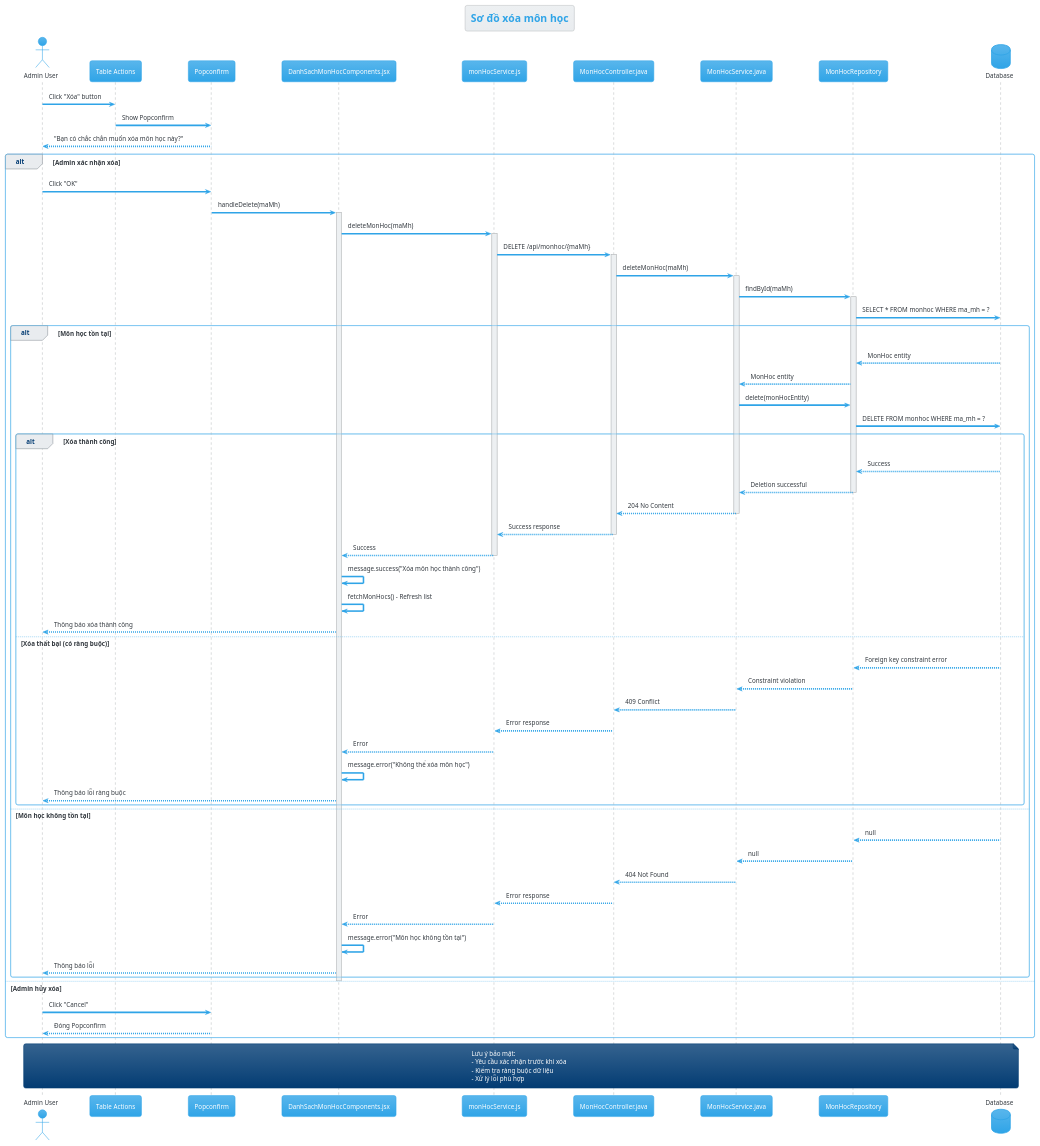
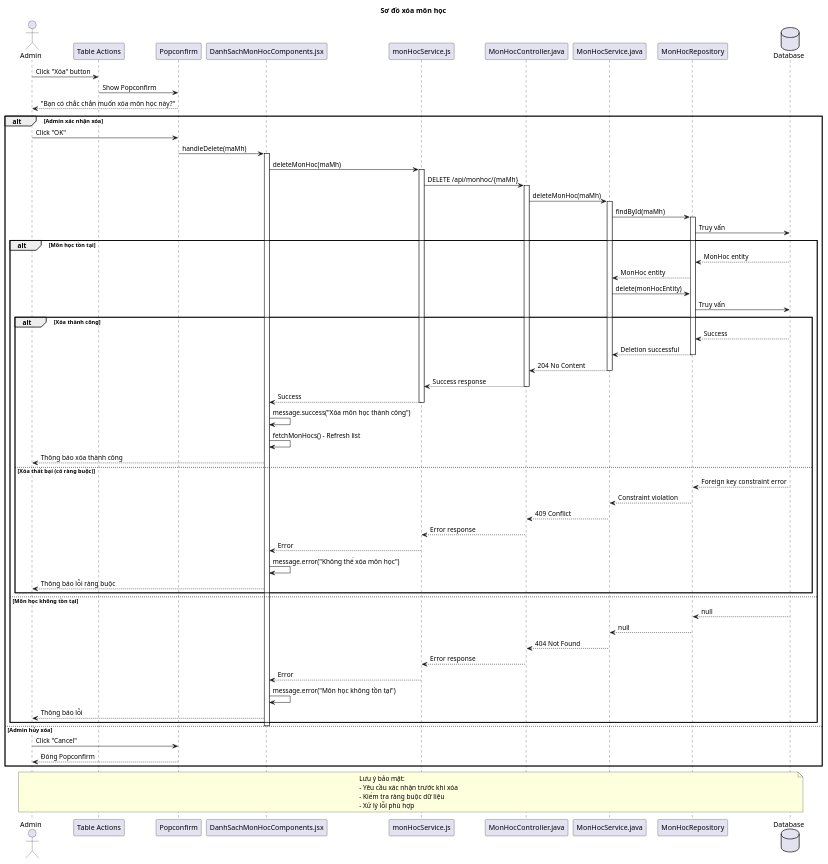
Before and after one commit to truong-backend/He-Thong-Diem-Danh-STU: the diagram in src/main/java/vn/diemdanh/hethong/UML/XuLy/QuanLyMonHoc/XoaMonHoc.puml, drawn with PlantUML. The commit also changed 24 other files, not shown here.

```diff
--- a/src/main/java/vn/diemdanh/hethong/UML/XuLy/QuanLyMonHoc/XoaMonHoc.puml
+++ b/src/main/java/vn/diemdanh/hethong/UML/XuLy/QuanLyMonHoc/XoaMonHoc.puml
@@ -1,105 +1,105 @@
 @startuml
-!theme cerulean
+'!theme cerulean
 title Sơ đồ xóa môn học
 
-actor "Admin User" as admin
+actor "Admin" as admin
 participant "Table Actions" as table
 participant "Popconfirm" as confirm
 participant "DanhSachMonHocComponents.jsx" as component
 participant "monHocService.js" as service
 participant "MonHocController.java" as controller
 participant "MonHocService.java" as backendService
 participant "MonHocRepository" as repository
 database "Database" as db
 
 admin -> table: Click "Xóa" button
 table -> confirm: Show Popconfirm
 confirm --> admin: "Bạn có chắc chắn muốn xóa môn học này?"
 
 alt Admin xác nhận xóa
     admin -> confirm: Click "OK"
     confirm -> component: handleDelete(maMh)
     activate component
 
     component -> service: deleteMonHoc(maMh)
     activate service
 
     service -> controller: DELETE /api/monhoc/{maMh}
     activate controller
 
     controller -> backendService: deleteMonHoc(maMh)
     activate backendService
 
     backendService -> repository: findById(maMh)
     activate repository
 
-    repository -> db: SELECT * FROM monhoc WHERE ma_mh = ?
+    repository -> db: Truy vấn
 
     alt Môn học tồn tại
         db --> repository: MonHoc entity
         repository --> backendService: MonHoc entity
 
         backendService -> repository: delete(monHocEntity)
-        repository -> db: DELETE FROM monhoc WHERE ma_mh = ?
+        repository -> db: Truy vấn
 
         alt Xóa thành công
             db --> repository: Success
             repository --> backendService: Deletion successful
             deactivate repository
 
             backendService --> controller: 204 No Content
             deactivate backendService
 
             controller --> service: Success response
             deactivate controller
 
             service --> component: Success
             deactivate service
 
             component -> component: message.success("Xóa môn học thành công")
             component -> component: fetchMonHocs() - Refresh list
             component --> admin: Thông báo xóa thành công
 
         else Xóa thất bại (có ràng buộc)
             db --> repository: Foreign key constraint error
             repository --> backendService: Constraint violation
             deactivate repository
             backendService --> controller: 409 Conflict
             deactivate backendService
             controller --> service: Error response
             deactivate controller
             service --> component: Error
             deactivate service
             component -> component: message.error("Không thể xóa môn học")
             component --> admin: Thông báo lỗi ràng buộc
         end
 
     else Môn học không tồn tại
         db --> repository: null
         repository --> backendService: null
         deactivate repository
         backendService --> controller: 404 Not Found
         deactivate backendService
         controller --> service: Error response
         deactivate controller
         service --> component: Error
         deactivate service
         component -> component: message.error("Môn học không tồn tại")
         component --> admin: Thông báo lỗi
     end
 
     deactivate component
 
 else Admin hủy xóa
     admin -> confirm: Click "Cancel"
     confirm --> admin: Đóng Popconfirm
 end
 
 note over admin, db
   Lưu ý bảo mật:
   - Yêu cầu xác nhận trước khi xóa
   - Kiểm tra ràng buộc dữ liệu
   - Xử lý lỗi phù hợp
 end note
 
 @enduml
```
